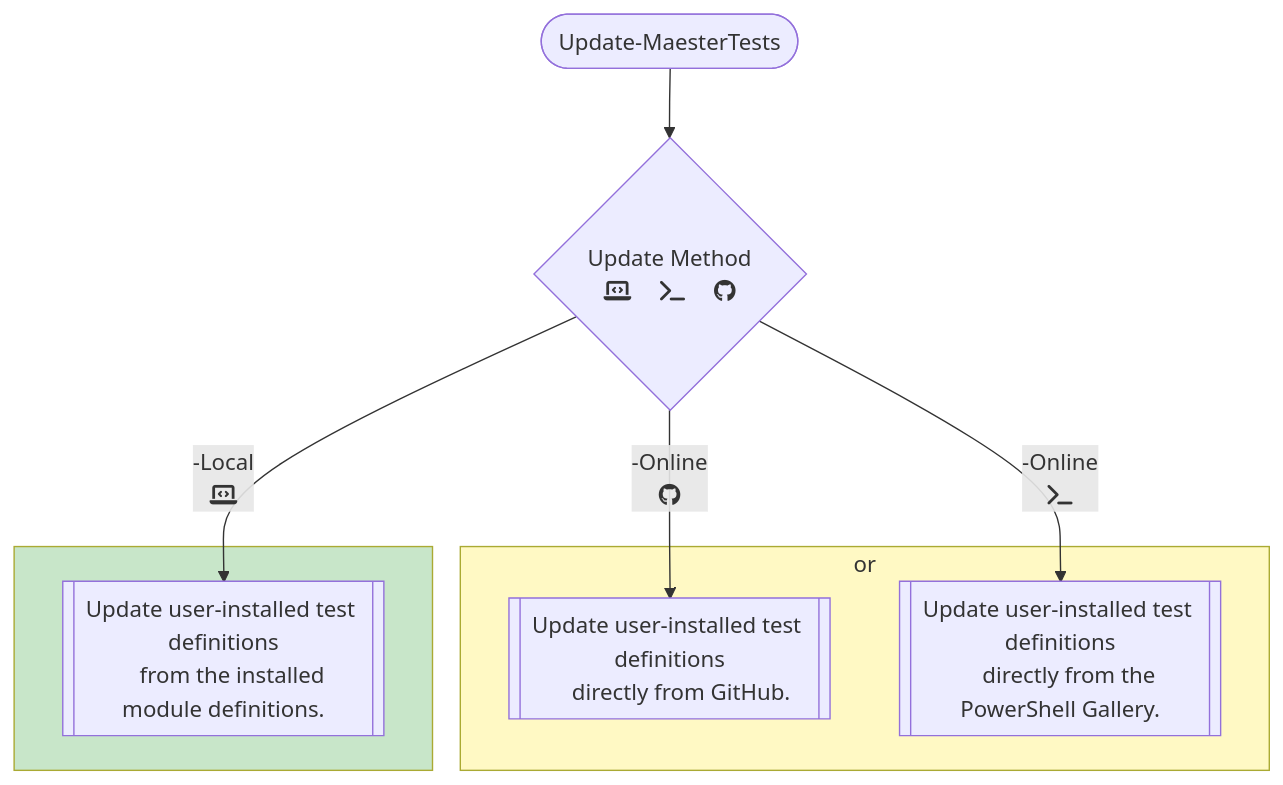
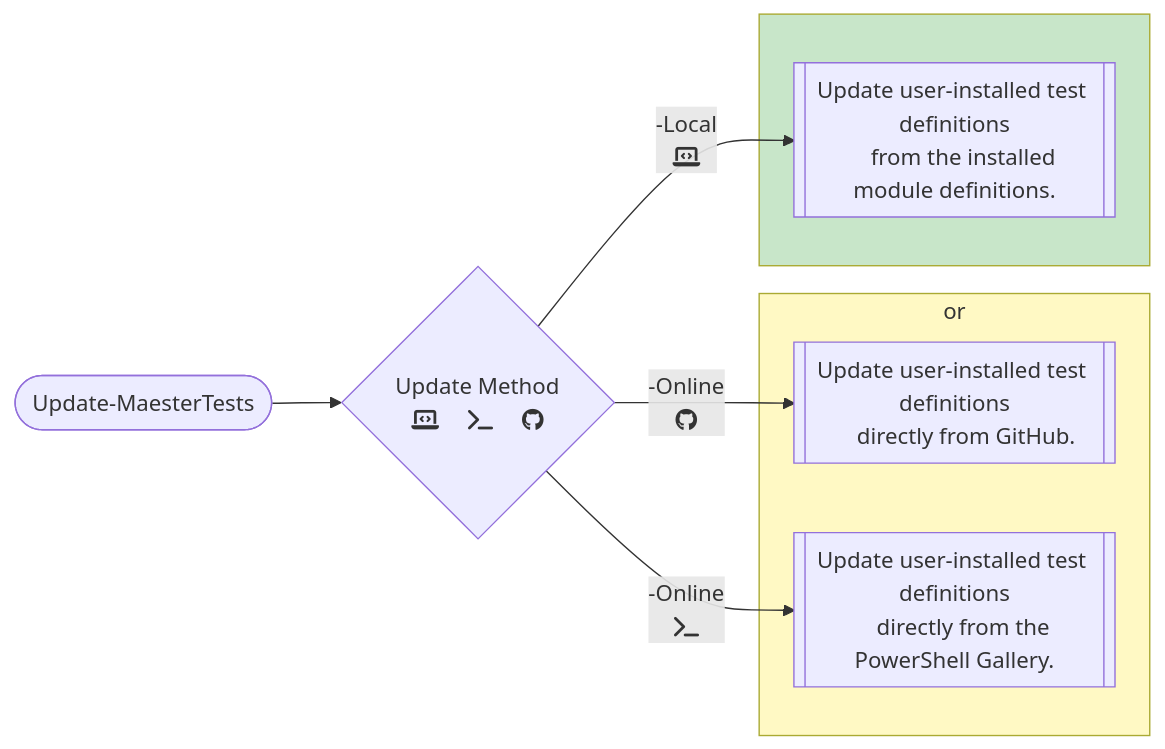
Before and after one commit to SamErde/maester: the diagram in build/Update Process for Tests.md, drawn with Mermaid.

Commit message:
Change Mermaid diagram from TB to LR

````diff
--- a/build/Update Process for Tests.md
+++ b/build/Update Process for Tests.md
@@ -7,21 +7,21 @@
 ```mermaid
-flowchart TB
+flowchart LR
   A(["Update-MaesterTests"])
   B{"Update Method<br><i class="fa-solid fa-laptop-code"></i> &nbsp; &nbsp; <i class="fa-solid fa-terminal"></i> &nbsp; &nbsp; <i class="fa-brands fa-github"></i>"}
   A --> B
   subgraph -Online["or"]
         D[["Update user-installed test definitions
     directly from GitHub."]]
         E[["Update user-installed test definitions
     directly from the PowerShell Gallery."]]
   end
   subgraph -Local[" "]
         C[["Update user-installed test definitions
     from the installed module definitions."]]
   end
   B -- -Local</br><i class="fa-solid fa-laptop-code"></i> --> C
   B -- -Online</br><i class="fa-brands fa-github"></i> --> D
   B -- -Online</br><i class="fa-solid fa-terminal"></i> --> E
   style -Online fill:#FFF9C4
   style -Local fill:#C8E6C9
 ```
````
